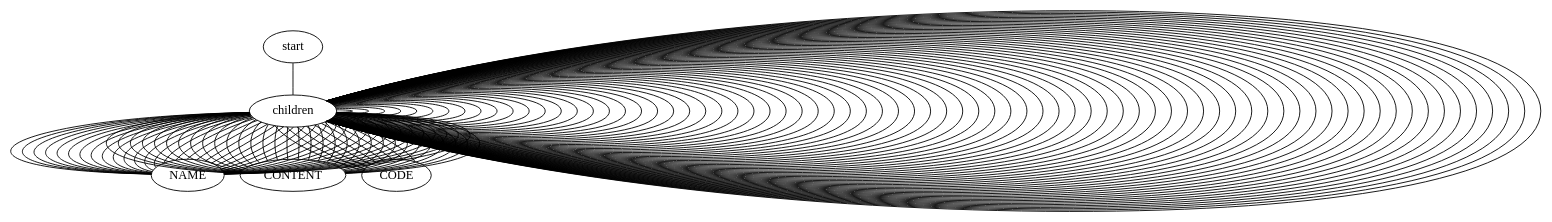
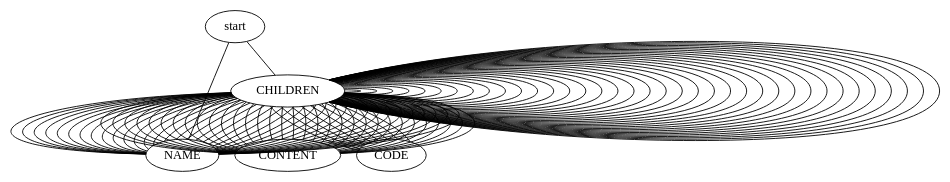
One commit to joaocarduarte/COMP changed the diagram in dotfile.dot. Above: the diagram before and after it, drawn with Graphviz. The commit also changed 30 other files, not shown here.

```diff
--- a/dotfile.dot
+++ b/dotfile.dot
@@ -1,157 +1,119 @@
 graph graphname {
-start--children
-children--NAME
-children--children
-children--children
-children--NAME
-children--CONTENT
-children--children
-children--children
-children--NAME
-children--CONTENT
-children--children
-children--children
-children--NAME
-children--CONTENT
-children--CODE
-children--children
-children--children
-children--NAME
-children--CONTENT
-children--CODE
-children--children
-children--children
-children--NAME
-children--CODE
-children--children
-children--children
-children--NAME
-children--CODE
-children--children
-children--children
-children--NAME
-children--CONTENT
-children--children
-children--children
-children--NAME
-children--CONTENT
-children--children
-children--children
-children--NAME
-children--CONTENT
-children--children
-children--children
-children--NAME
-children--CONTENT
-children--children
-children--children
-children--NAME
-children--CONTENT
-children--children
-children--children
-children--NAME
-children--CONTENT
-children--children
-children--children
-children--NAME
-children--CONTENT
-children--children
-children--children
-children--NAME
-children--CONTENT
-children--CODE
-children--children
-children--children
-children--NAME
-children--CONTENT
-children--children
-children--children
-children--NAME
-children--CONTENT
-children--CODE
-children--children
-children--children
-children--NAME
-children--CONTENT
-children--children
-children--children
-children--NAME
-children--CONTENT
-children--children
-children--children
-children--NAME
-children--CONTENT
-children--children
-children--children
-children--NAME
-children--children
-children--children
-children--NAME
-children--CODE
-children--children
-children--children
-children--NAME
-children--CONTENT
-children--children
-children--children
-children--NAME
-children--CODE
-children--children
-children--children
-children--NAME
-children--CONTENT
-children--children
-children--children
-children--NAME
-children--CONTENT
-children--children
-children--children
-children--NAME
-children--CONTENT
-children--children
-children--children
-children--NAME
-children--CONTENT
-children--children
-children--children
-children--NAME
-children--CONTENT
-children--children
-children--children
-children--NAME
-children--CONTENT
-children--children
-children--children
-children--NAME
-children--CONTENT
-children--children
-children--children
-children--NAME
-children--CONTENT
-children--children
-children--children
-children--NAME
-children--CONTENT
-children--children
-children--children
-children--NAME
-children--CONTENT
-children--children
-children--children
-children--NAME
-children--CONTENT
-children--children
-children--children
-children--NAME
-children--CONTENT
-children--CODE
-children--children
-children--children
-children--NAME
-children--CONTENT
-children--children
-children--children
-children--NAME
-children--CONTENT
-children--children
+start--NAME
+start--CHILDREN
+CHILDREN--NAME
+CHILDREN--CONTENT
+CHILDREN--CHILDREN
+CHILDREN--NAME
+CHILDREN--CONTENT
+CHILDREN--CHILDREN
+CHILDREN--NAME
+CHILDREN--CONTENT
+CHILDREN--CODE
+CHILDREN--CHILDREN
+CHILDREN--NAME
+CHILDREN--CONTENT
+CHILDREN--CODE
+CHILDREN--CHILDREN
+CHILDREN--NAME
+CHILDREN--CODE
+CHILDREN--CHILDREN
+CHILDREN--NAME
+CHILDREN--CODE
+CHILDREN--CHILDREN
+CHILDREN--NAME
+CHILDREN--CONTENT
+CHILDREN--CHILDREN
+CHILDREN--NAME
+CHILDREN--CONTENT
+CHILDREN--CHILDREN
+CHILDREN--NAME
+CHILDREN--CONTENT
+CHILDREN--CHILDREN
+CHILDREN--NAME
+CHILDREN--CONTENT
+CHILDREN--CHILDREN
+CHILDREN--NAME
+CHILDREN--CONTENT
+CHILDREN--CHILDREN
+CHILDREN--NAME
+CHILDREN--CONTENT
+CHILDREN--CHILDREN
+CHILDREN--NAME
+CHILDREN--CONTENT
+CHILDREN--CHILDREN
+CHILDREN--NAME
+CHILDREN--CONTENT
+CHILDREN--CODE
+CHILDREN--CHILDREN
+CHILDREN--NAME
+CHILDREN--CONTENT
+CHILDREN--CHILDREN
+CHILDREN--NAME
+CHILDREN--CONTENT
+CHILDREN--CODE
+CHILDREN--CHILDREN
+CHILDREN--NAME
+CHILDREN--CONTENT
+CHILDREN--CHILDREN
+CHILDREN--NAME
+CHILDREN--CONTENT
+CHILDREN--CHILDREN
+CHILDREN--NAME
+CHILDREN--CONTENT
+CHILDREN--CHILDREN
+CHILDREN--NAME
+CHILDREN--CHILDREN
+CHILDREN--NAME
+CHILDREN--CODE
+CHILDREN--CHILDREN
+CHILDREN--NAME
+CHILDREN--CONTENT
+CHILDREN--CHILDREN
+CHILDREN--NAME
+CHILDREN--CODE
+CHILDREN--CHILDREN
+CHILDREN--NAME
+CHILDREN--CONTENT
+CHILDREN--CHILDREN
+CHILDREN--NAME
+CHILDREN--CONTENT
+CHILDREN--CHILDREN
+CHILDREN--NAME
+CHILDREN--CONTENT
+CHILDREN--CHILDREN
+CHILDREN--NAME
+CHILDREN--CONTENT
+CHILDREN--CHILDREN
+CHILDREN--NAME
+CHILDREN--CONTENT
+CHILDREN--CHILDREN
+CHILDREN--NAME
+CHILDREN--CONTENT
+CHILDREN--CHILDREN
+CHILDREN--NAME
+CHILDREN--CONTENT
+CHILDREN--CHILDREN
+CHILDREN--NAME
+CHILDREN--CONTENT
+CHILDREN--CHILDREN
+CHILDREN--NAME
+CHILDREN--CONTENT
+CHILDREN--CHILDREN
+CHILDREN--NAME
+CHILDREN--CONTENT
+CHILDREN--CHILDREN
+CHILDREN--NAME
+CHILDREN--CONTENT
+CHILDREN--CHILDREN
+CHILDREN--NAME
+CHILDREN--CONTENT
+CHILDREN--CODE
+CHILDREN--CHILDREN
+CHILDREN--NAME
+CHILDREN--CONTENT
+CHILDREN--CHILDREN
+CHILDREN--NAME
+CHILDREN--CONTENT
+CHILDREN--CHILDREN
 }
```
